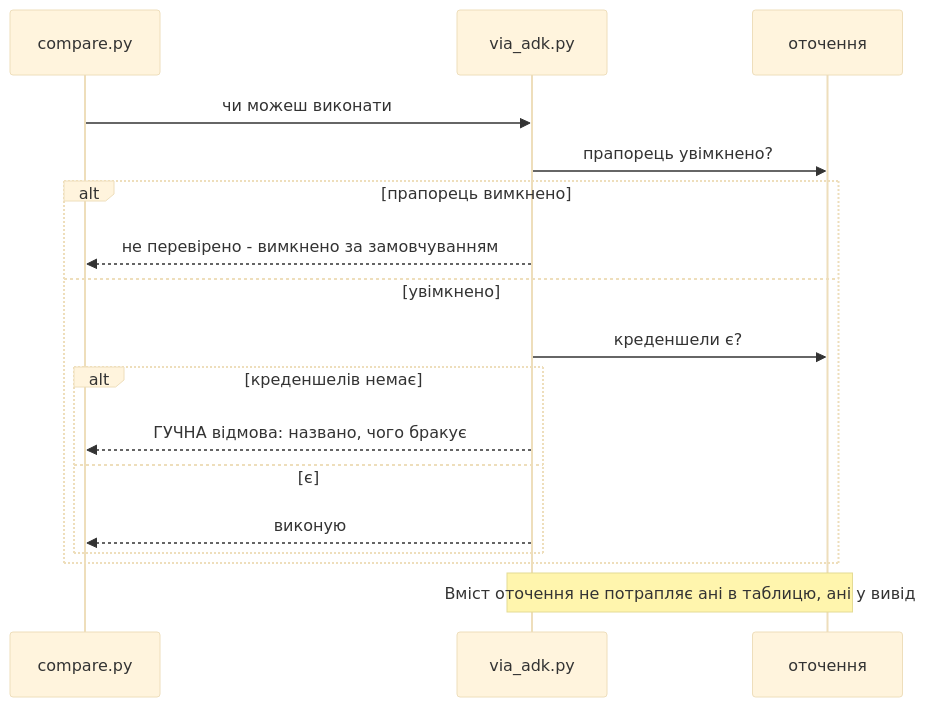
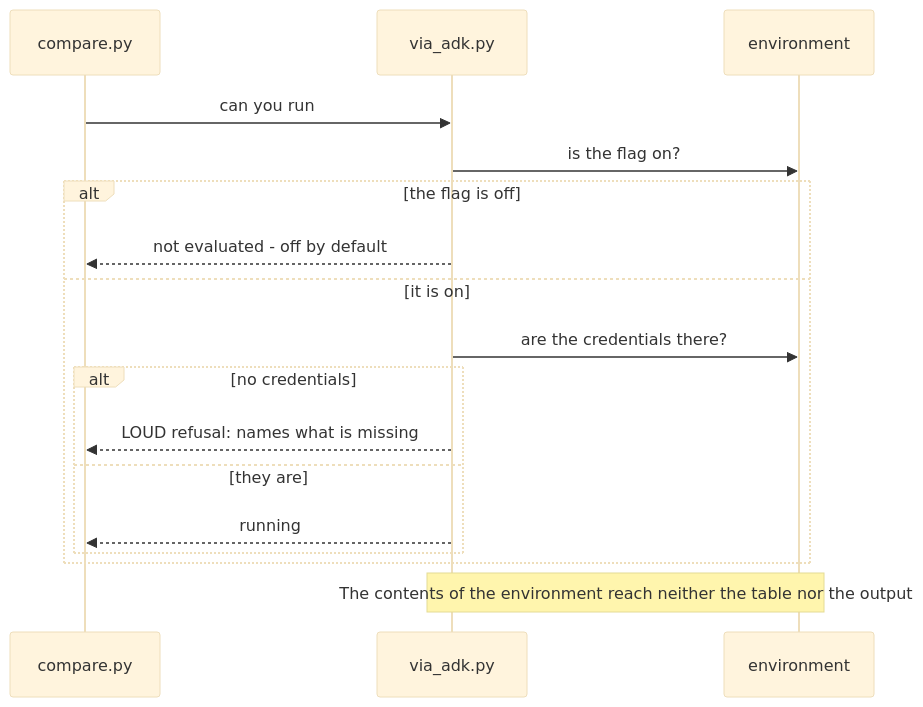
Before and after one commit to AZANIR/agentic-ai: the fifth of 5 diagrams in docs/features/s09-frameworks/sad.md, drawn with Mermaid (base theme). The commit also changed other lines of this file and 245 other files, not shown here.

````diff
--- a/docs/features/s09-frameworks/sad.md
+++ b/docs/features/s09-frameworks/sad.md
@@ -201,20 +204,20 @@
 ```mermaid
 sequenceDiagram
     participant CMP as compare.py
     participant ADK as via_adk.py
-    participant ENV as оточення
+    participant ENV as environment
 
-    CMP->>ADK: чи можеш виконати
-    ADK->>ENV: прапорець увімкнено?
-    alt прапорець вимкнено
-        ADK-->>CMP: не перевірено - вимкнено за замовчуванням
-    else увімкнено
-        ADK->>ENV: креденшели є?
-        alt креденшелів немає
-            ADK-->>CMP: ГУЧНА відмова: названо, чого бракує
-        else є
-            ADK-->>CMP: виконую
+    CMP->>ADK: can you run
+    ADK->>ENV: is the flag on?
+    alt the flag is off
+        ADK-->>CMP: not evaluated - off by default
+    else it is on
+        ADK->>ENV: are the credentials there?
+        alt no credentials
+            ADK-->>CMP: LOUD refusal: names what is missing
+        else they are
+            ADK-->>CMP: running
         end
     end
-    Note over ADK,ENV: Вміст оточення не потрапляє ані в таблицю, ані у вивід
+    Note over ADK,ENV: The contents of the environment reach neither the table nor the output
 ```
````
